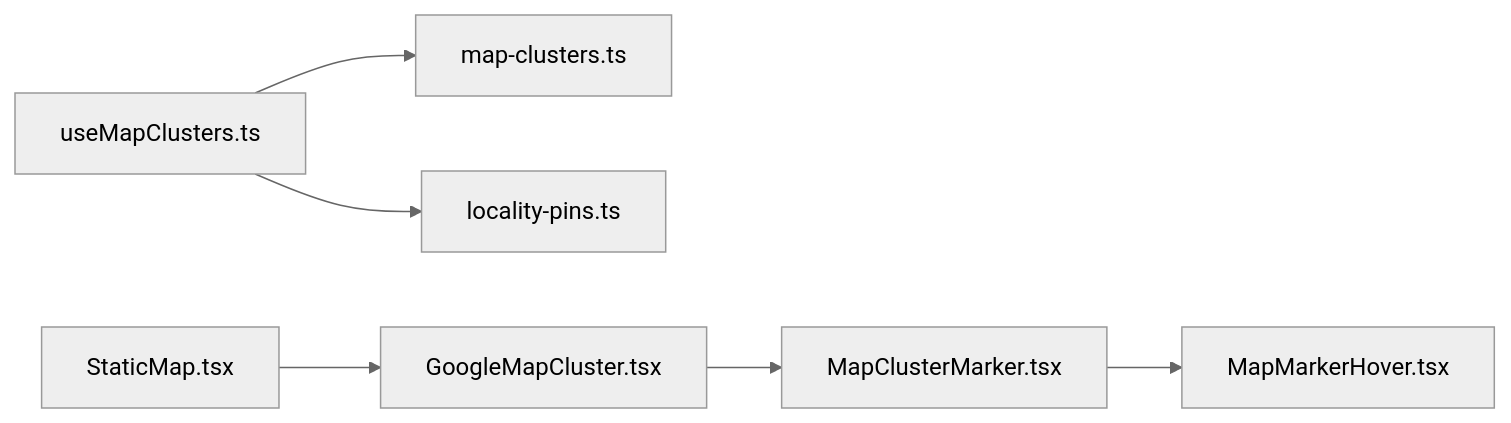
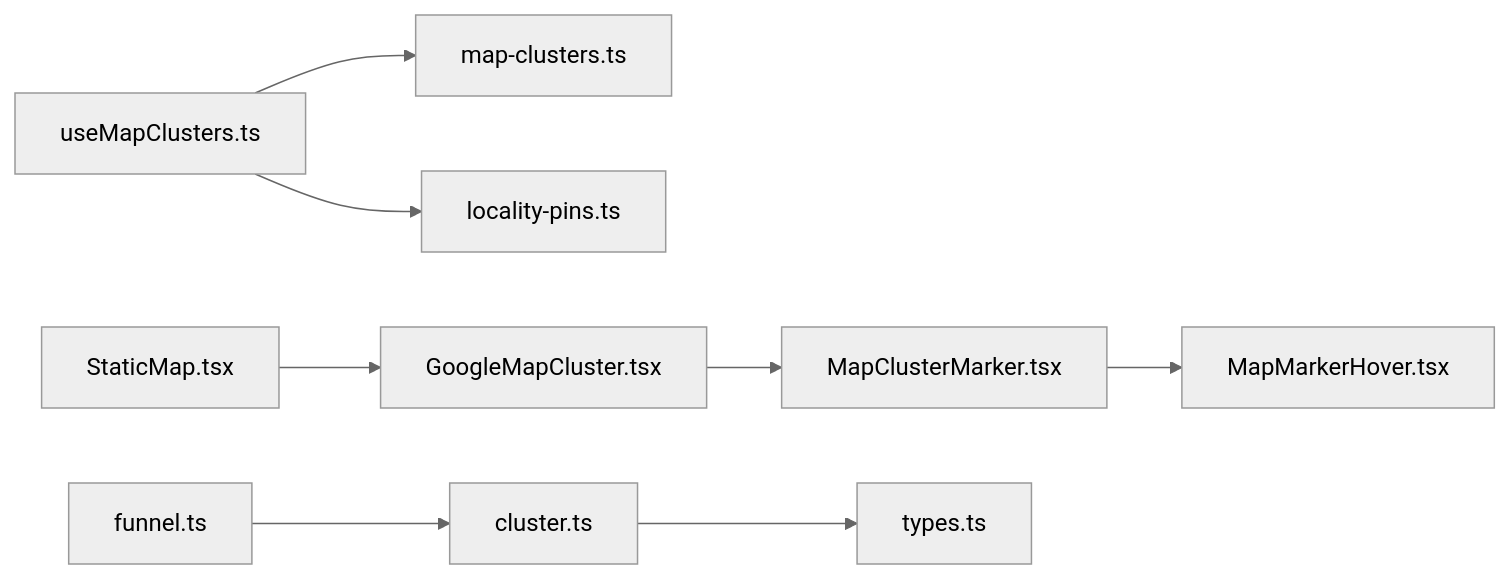
One commit to Meaetin/alibaba-hackathon changed the fourth of 4 diagrams in .qoder/repowiki/en/content/Map Integration/Location Clustering System/Location Clustering System.md. Above: the diagram before and after it, drawn with Mermaid (neutral theme). The commit also changed other lines of this file and 211 other files, not shown here.

````diff
--- a/.qoder/repowiki/en/content/Map Integration/Location Clustering System/Location Clustering System.md
+++ b/.qoder/repowiki/en/content/Map Integration/Location Clustering System/Location Clustering System.md
@@ -273,8 +389,10 @@
 ```mermaid
 graph LR
 U["useMapClusters.ts"] --> Q["map-clusters.ts"]
 U --> P["locality-pins.ts"]
 S["StaticMap.tsx"] --> G["GoogleMapCluster.tsx"]
 G --> M["MapClusterMarker.tsx"]
 M --> H["MapMarkerHover.tsx"]
+C["cluster.ts"] --> T["types.ts"]
+F["funnel.ts"] --> C
 ```
````
